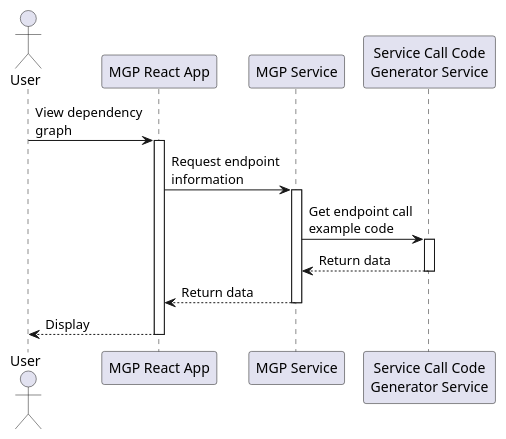
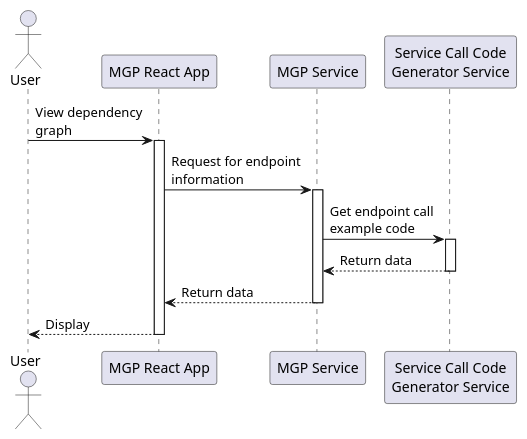
One commit to b4456609/mgp-back changed the diagram in diagram/sequence/servicecallcode.puml. Above: the diagram before and after it, drawn with PlantUML.

```diff
--- a/diagram/sequence/servicecallcode.puml
+++ b/diagram/sequence/servicecallcode.puml
@@ -1,27 +1,23 @@
 @startuml
 actor User
 participant "MGP React App" as A
 participant "MGP Service" as B
 participant "Service Call Code\nGenerator Service" as C
 
 User -> A: View dependency\ngraph
 activate A
 
-A -> B: Request endpoint\ninformation
+A -> B: Request for endpoint\ninformation
 activate B
 
 B -> C: Get endpoint call\nexample code
 activate C
 B <-- C: Return data
 deactivate C
 
 B --> A: Return data
 deactivate B
 
 A --> User: Display
 deactivate A
-
-
-
-
 @enduml
```
